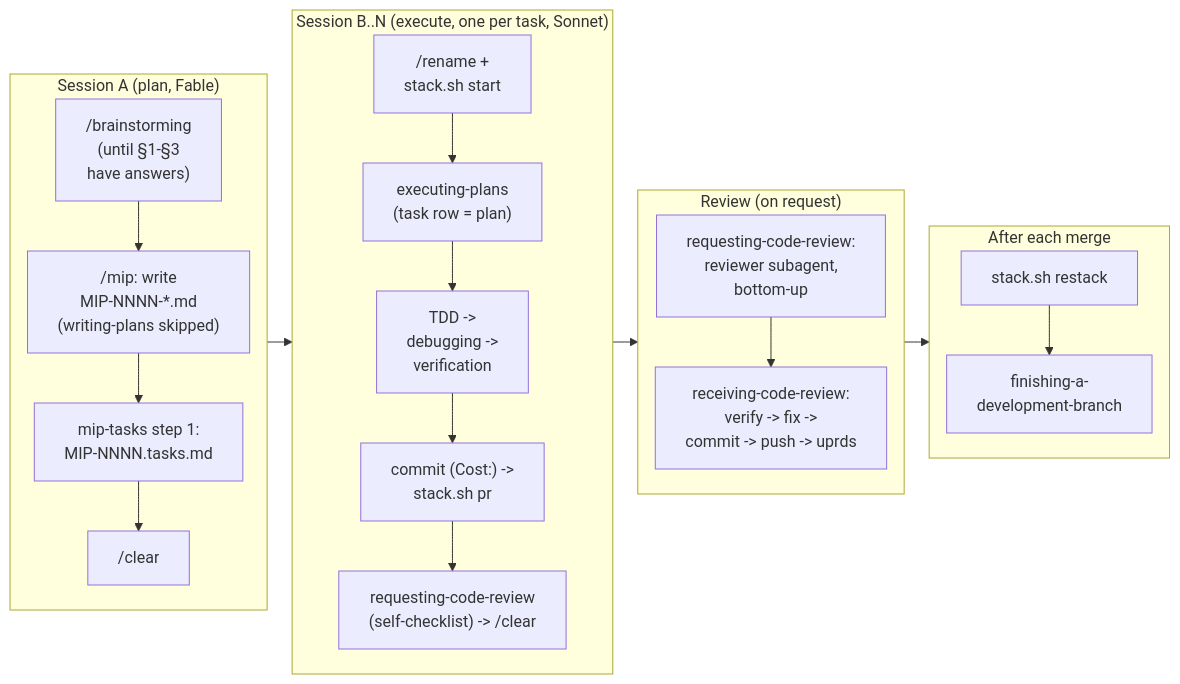
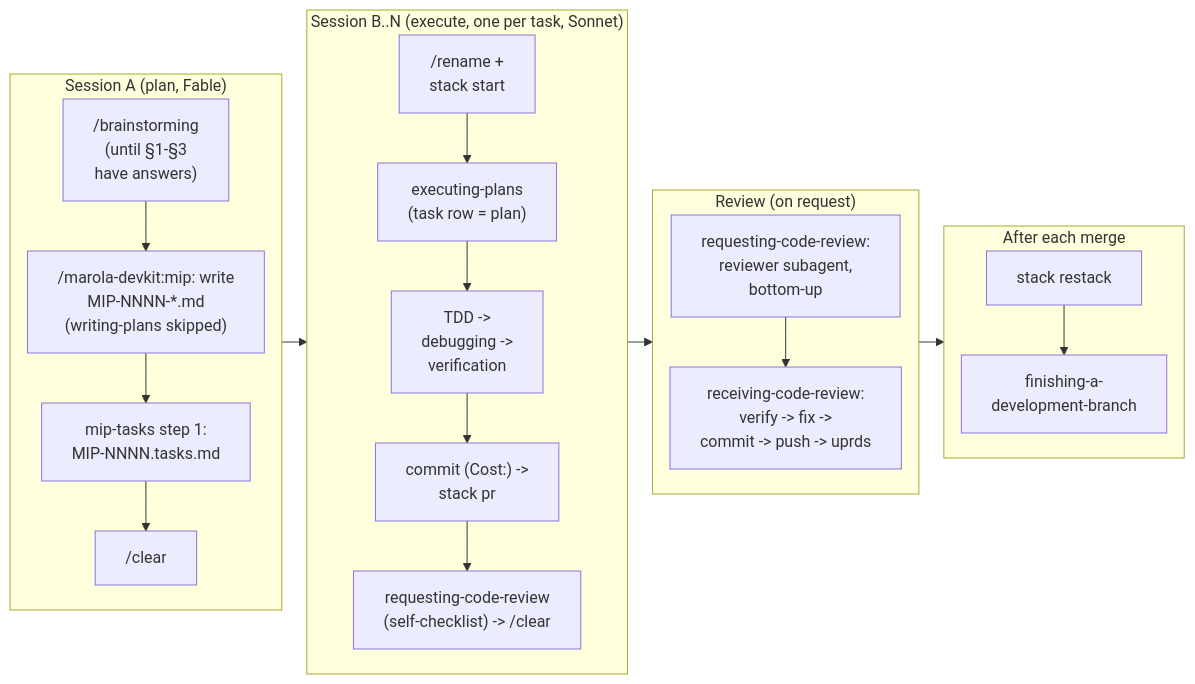
The diagram in docs/3-Working-on-the-repo/AGENT-SKILLS.md (marola-dev/marola), drawn with Mermaid before and after one commit. The commit also changed other lines of this file and 103 other files, not shown here.

First line of the commit message:
MIP-0070 task 9: devkit-consume (#585)

````diff
--- a/docs/3-Working-on-the-repo/AGENT-SKILLS.md
+++ b/docs/3-Working-on-the-repo/AGENT-SKILLS.md
@@ -59,34 +70,34 @@
 ```mermaid
 %%{init: {"flowchart": {"nodeSpacing": 15, "rankSpacing": 25}}}%%
 flowchart LR
   subgraph sessionA["Session A (plan, Fable)"]
     direction TB
     a1["/brainstorming<br/>(until §1-§3<br/>have answers)"]
-    a2["/mip: write<br/>MIP-NNNN-*.md<br/>(writing-plans skipped)"]
+    a2["/marola-devkit:mip: write<br/>MIP-NNNN-*.md<br/>(writing-plans skipped)"]
     a3["mip-tasks step 1:<br/>MIP-NNNN.tasks.md"]
     a4["/clear"]
     a1 --> a2 --> a3 --> a4
   end
   subgraph sessionBN["Session B..N (execute, one per task, Sonnet)"]
     direction TB
-    b1["/rename +<br/>stack.sh start"]
+    b1["/rename +<br/>stack start"]
     b2["executing-plans<br/>(task row = plan)"]
     b3["TDD -><br/>debugging -><br/>verification"]
-    b4["commit (Cost:) -><br/>stack.sh pr"]
+    b4["commit (Cost:) -><br/>stack pr"]
     b5["requesting-code-review<br/>(self-checklist) -> /clear"]
     b1 --> b2 --> b3 --> b4 --> b5
   end
   subgraph reviewSession["Review (on request)"]
     direction TB
     r1["requesting-code-review:<br/>reviewer subagent,<br/>bottom-up"]
     r2["receiving-code-review:<br/>verify -> fix -><br/>commit -> push -> uprds"]
     r1 --> r2
   end
   subgraph afterMerge["After each merge"]
     direction TB
-    m1["stack.sh restack"]
+    m1["stack restack"]
     m2["finishing-a-<br/>development-branch"]
     m1 --> m2
   end
   sessionA --> sessionBN --> reviewSession --> afterMerge
 ```
````
